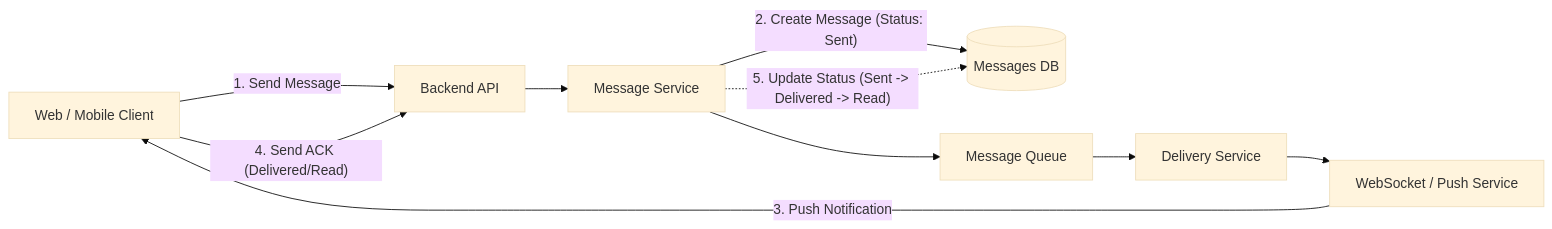
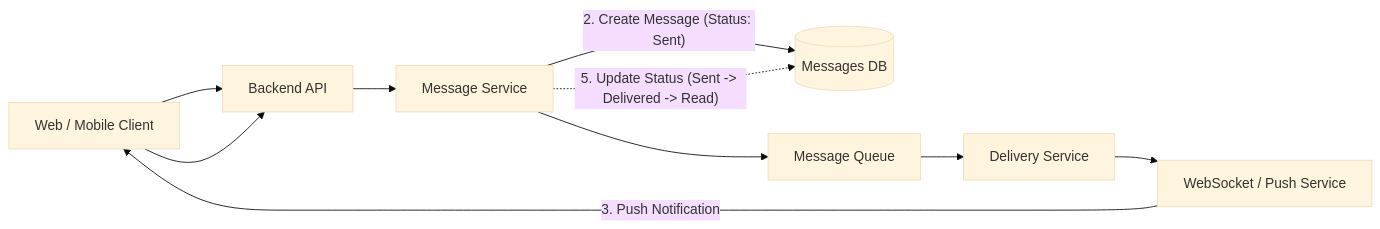
Before and after one commit to artembaranovsky1/Software-Design-and-Documentation_lab-1.1: the first of 3 diagrams in README.md, drawn with Mermaid (base theme).

````diff
--- a/README.md
+++ b/README.md
@@ -13,16 +13,16 @@
 ```mermaid
 graph LR
-    Client[Web / Mobile Client] -- "1. Send Message" --> API[Backend API]
-    Client -- "4. Send ACK (Delivered/Read)" --> API
+    Client[Web / Mobile Client] --> API[Backend API]
+    Client --> API
     
     API --> MS[Message Service]
     
     MS -- "2. Create Message (Status: Sent)" --> DB[(Messages DB)]
     MS -. "5. Update Status (Sent -> Delivered -> Read)" .-> DB
     
     MS --> Queue[Message Queue]
     Queue --> DS[Delivery Service]
     DS --> WS[WebSocket / Push Service]
     
     WS -- "3. Push Notification" --> Client
 ```
````
